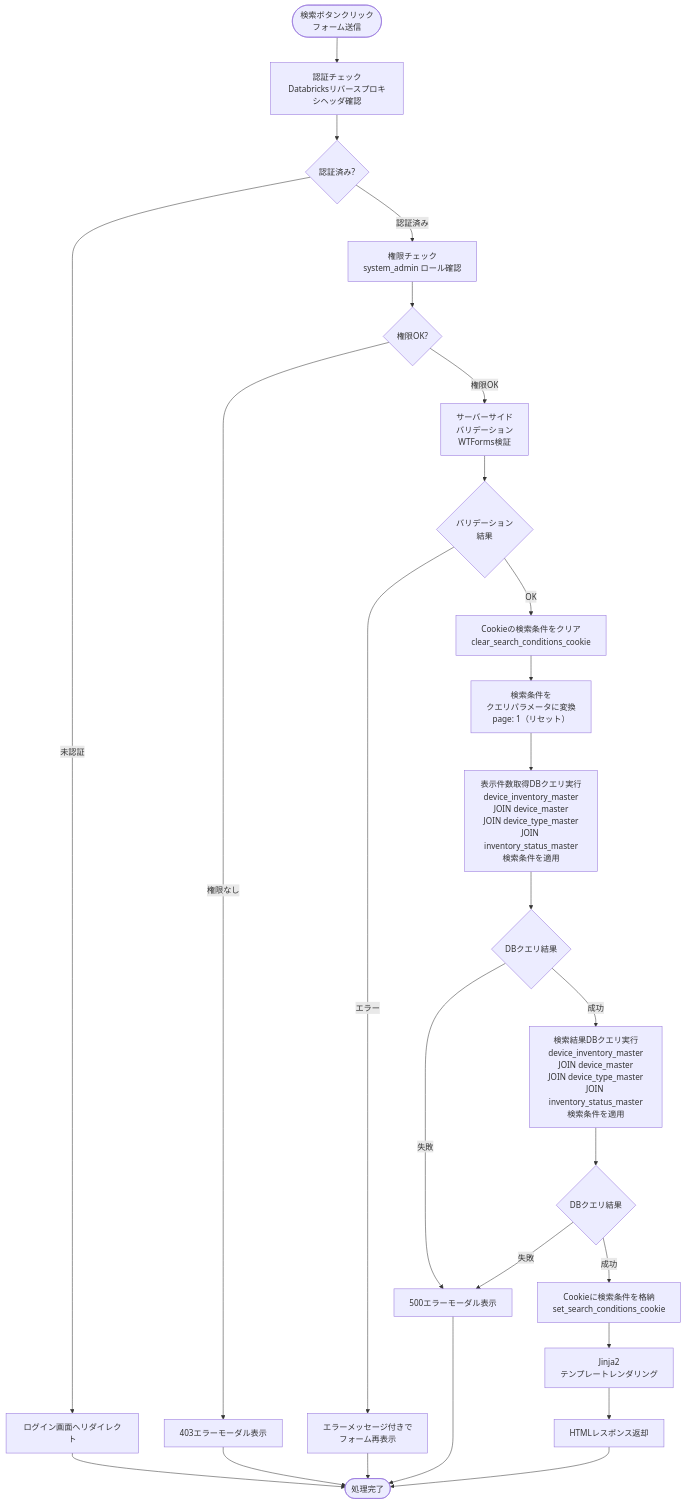
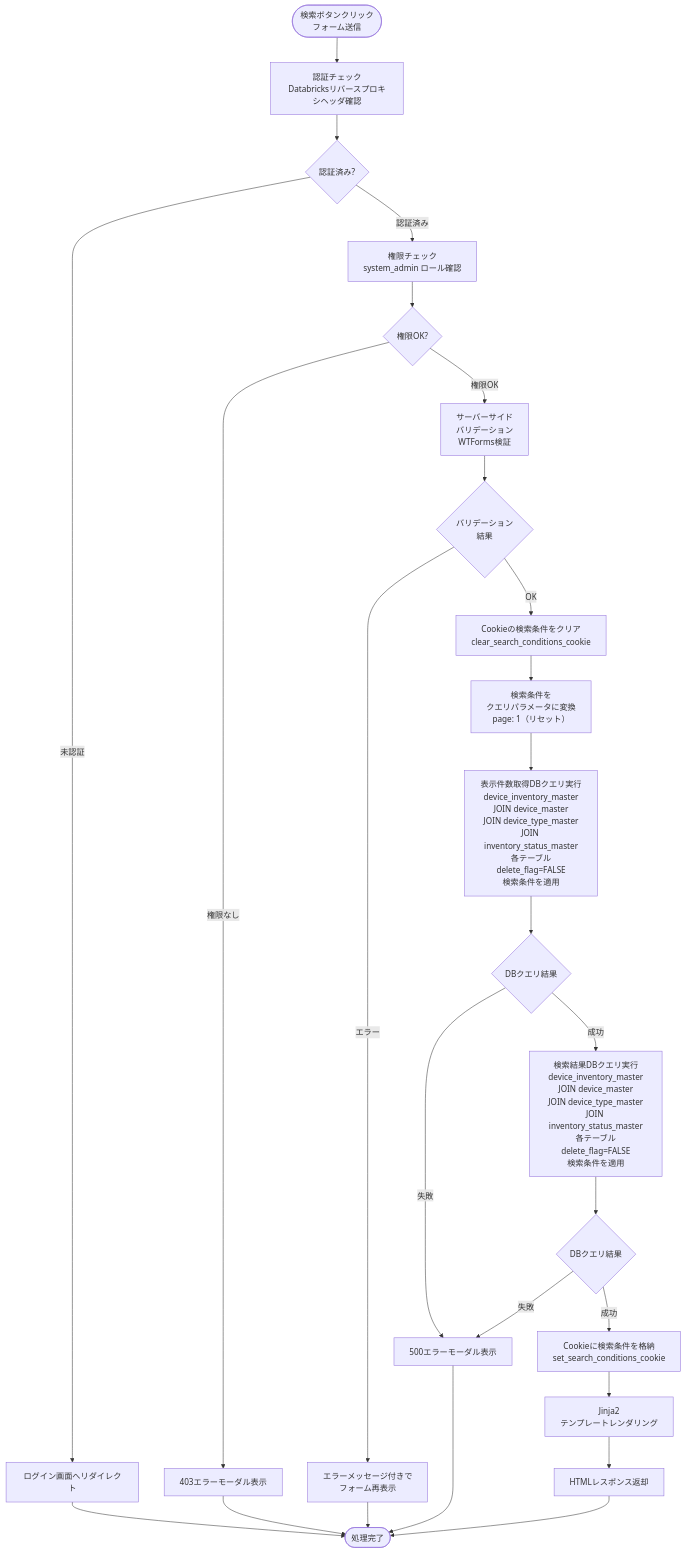
The second of 9 diagrams in docs/03-features/flask-app/device-inventory/workflow-specification.md (NSW-SVCP-AIWG002/Databricks-IoT), drawn with Mermaid before and after one commit. The commit also changed other lines of this file and 3 other files, not shown here.

````diff
--- a/docs/03-features/flask-app/device-inventory/workflow-specification.md
+++ b/docs/03-features/flask-app/device-inventory/workflow-specification.md
@@ -298,36 +299,36 @@
 ```mermaid
 flowchart TD
     Start([検索ボタンクリック<br>フォーム送信]) --> Auth[認証チェック<br>Databricksリバースプロキシヘッダ確認]
     Auth --> CheckAuth{認証済み?}
     CheckAuth -->|未認証| Error401[ログイン画面へリダイレクト]
     Error401 --> End([処理完了])
 
     CheckAuth -->|認証済み| Permission[権限チェック<br>system_admin ロール確認]
     Permission --> CheckPerm{権限OK?}
     CheckPerm -->|権限なし| Error403[403エラーモーダル表示]
     Error403 --> End
 
     CheckPerm -->|権限OK| Validate[サーバーサイド<br>バリデーション<br>WTForms検証]
     Validate --> ValidCheck{バリデーション<br>結果}
 
     ValidCheck -->|エラー| ValidError[エラーメッセージ付きで<br>フォーム再表示]
     ValidError --> End
 
     ValidCheck -->|OK| ClearCookie[Cookieの検索条件をクリア<br>clear_search_conditions_cookie]
     ClearCookie --> Convert[検索条件を<br>クエリパラメータに変換<br>page: 1（リセット）]
-    Convert --> Count[表示件数取得DBクエリ実行<br>device_inventory_master<br>JOIN device_master<br>JOIN device_type_master<br>JOIN inventory_status_master<br>検索条件を適用]
+    Convert --> Count[表示件数取得DBクエリ実行<br>device_inventory_master<br>JOIN device_master<br>JOIN device_type_master<br>JOIN inventory_status_master<br>各テーブルdelete_flag=FALSE<br>検索条件を適用]
     Count --> CheckDB{DBクエリ結果}
 
     CheckDB -->|失敗| Error500[500エラーモーダル表示]
     Error500 --> End
 
-    CheckDB -->|成功| Query[検索結果DBクエリ実行<br>device_inventory_master<br>JOIN device_master<br>JOIN device_type_master<br>JOIN inventory_status_master<br>検索条件を適用]
+    CheckDB -->|成功| Query[検索結果DBクエリ実行<br>device_inventory_master<br>JOIN device_master<br>JOIN device_type_master<br>JOIN inventory_status_master<br>各テーブルdelete_flag=FALSE<br>検索条件を適用]
     Query --> CheckDB2{DBクエリ結果}
 
     CheckDB2 -->|失敗| Error500
 
     CheckDB2 -->|成功| PutParams[Cookieに検索条件を格納<br>set_search_conditions_cookie]
     PutParams --> Template[Jinja2<br>テンプレートレンダリング]
     Template --> Response[HTMLレスポンス返却]
     Response --> End
 ```
````
